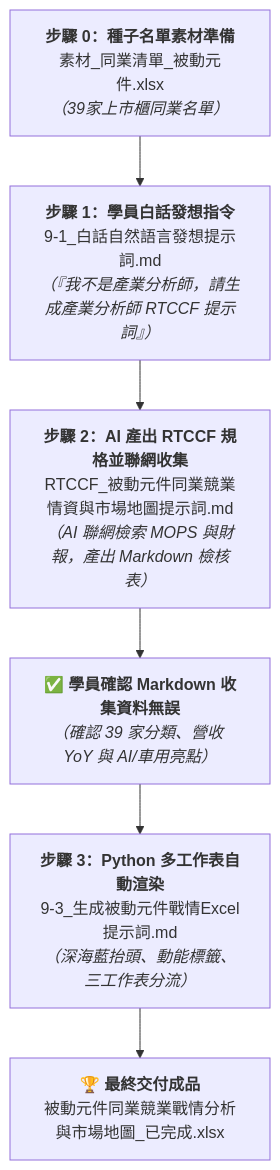
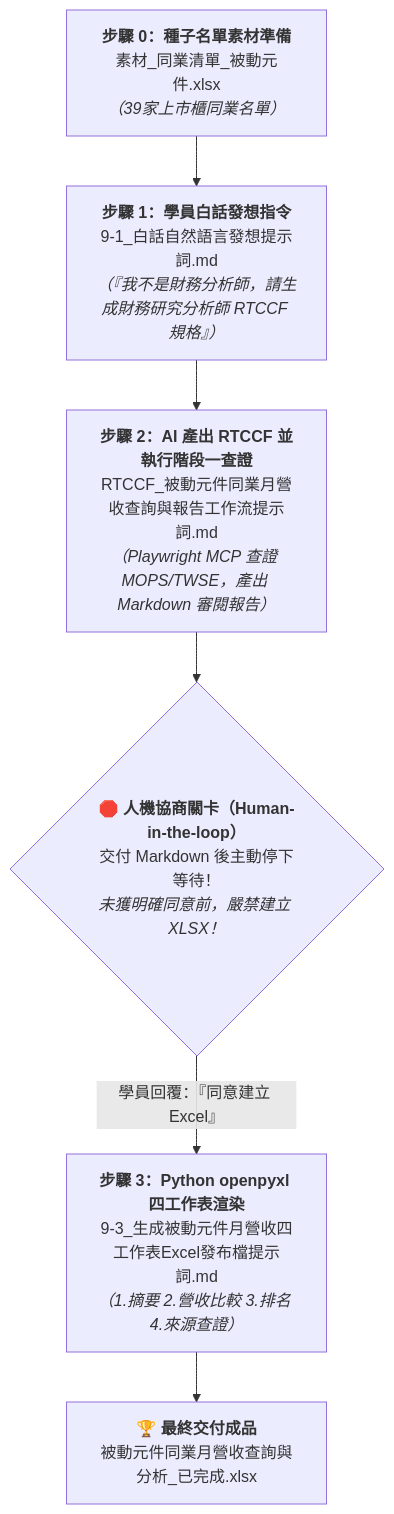
Before and after one commit to roberthsu2003/workflow-productivity: the diagram in 常見的AI應用/實戰範例/電子同業競業情資矩陣與市場地圖自動化/README.md, drawn with Mermaid. The commit also changed other lines of this file and 9 other files, not shown here.

````diff
--- a/常見的AI應用/實戰範例/電子同業競業情資矩陣與市場地圖自動化/README.md
+++ b/常見的AI應用/實戰範例/電子同業競業情資矩陣與市場地圖自動化/README.md
@@ -86,8 +107,8 @@
 ```mermaid
 flowchart TD
-    Step0["<b>步驟 0：種子名單素材準備</b><br/>素材_同業清單_被動元件.xlsx<br/><i>（39家上市櫃同業名單）</i>"] --> Step1["<b>步驟 1：學員白話發想指令</b><br/>9-1_白話自然語言發想提示詞.md<br/><i>（『我不是產業分析師，請生成產業分析師 RTCCF 提示詞』）</i>"]
-    Step1 --> Step2["<b>步驟 2：AI 產出 RTCCF 規格並聯網收集</b><br/>RTCCF_被動元件同業競業情資與市場地圖提示詞.md<br/><i>（AI 聯網檢索 MOPS 與財報，產出 Markdown 檢核表）</i>"]
-    Step2 --> CheckMD["✅ <b>學員確認 Markdown 收集資料無誤</b><br/><i>（確認 39 家分類、營收 YoY 與 AI/車用亮點）</i>"]
-    CheckMD --> Step3["<b>步驟 3：Python 多工作表自動渲染</b><br/>9-3_生成被動元件戰情Excel提示詞.md<br/><i>（深海藍抬頭、動能標籤、三工作表分流）</i>"]
-    Step3 --> Finish["🏆 <b>最終交付成品</b><br/>被動元件同業競業戰情分析與市場地圖_已完成.xlsx"]
+    Step0["<b>步驟 0：種子名單素材準備</b><br/>素材_同業清單_被動元件.xlsx<br/><i>（39家上市櫃同業名單）</i>"] --> Step1["<b>步驟 1：學員白話發想指令</b><br/>9-1_白話自然語言發想提示詞.md<br/><i>（『我不是財務分析師，請生成財務研究分析師 RTCCF 規格』）</i>"]
+    Step1 --> Step2["<b>步驟 2：AI 產出 RTCCF 並執行階段一查證</b><br/>RTCCF_被動元件同業月營收查詢與報告工作流提示詞.md<br/><i>（Playwright MCP 查證 MOPS/TWSE，產出 Markdown 審閱報告）</i>"]
+    Step2 --> PauseGate{"🛑 <b>人機協商關卡（Human-in-the-loop）</b><br/>交付 Markdown 後主動停下等待！<br/><i>未獲明確同意前，嚴禁建立 XLSX！</i>"}
+    PauseGate -- "學員回覆：『同意建立 Excel』" --> Step3["<b>步驟 3：Python openpyxl 四工作表渲染</b><br/>9-3_生成被動元件月營收四工作表Excel發布檔提示詞.md<br/><i>（1.摘要 2.營收比較 3.排名 4.來源查證）</i>"]
+    Step3 --> Finish["🏆 <b>最終交付成品</b><br/>被動元件同業月營收查詢與分析_已完成.xlsx"]
 ```
````
